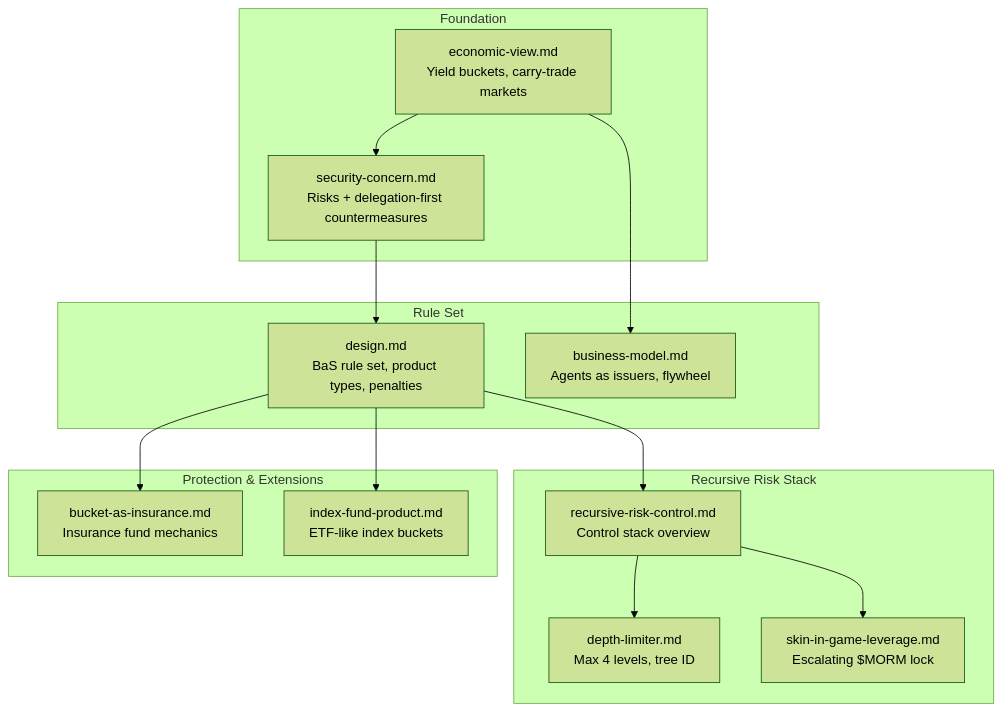
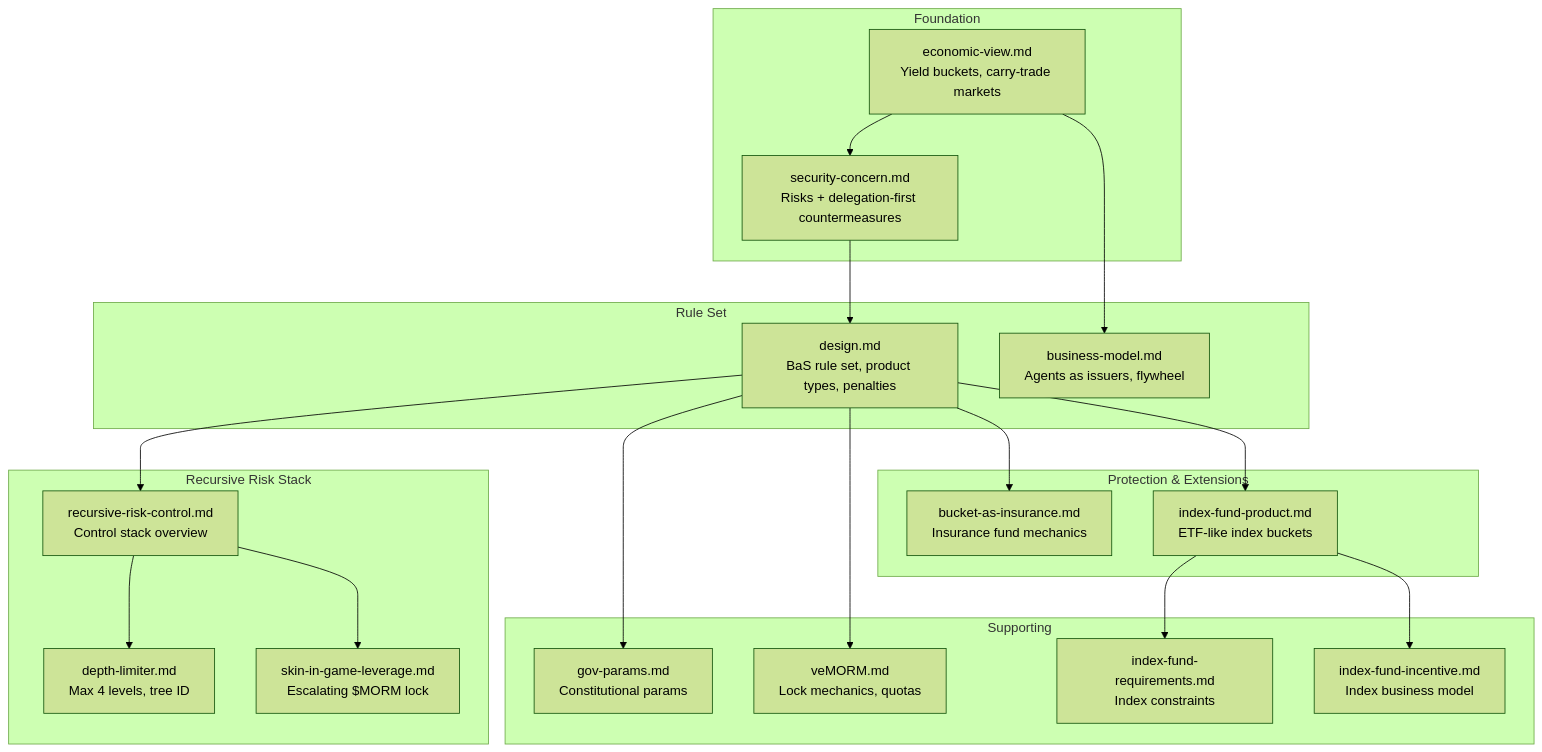
The diagram in docs/bucket-as-service/README.md (morpheum-labs/mwvm), drawn with Mermaid (forest theme) before and after one commit. The commit also changed other lines of this file, not shown here.

````diff
--- a/docs/bucket-as-service/README.md
+++ b/docs/bucket-as-service/README.md
@@ -103,32 +103,43 @@
 ```mermaid
 flowchart TB
     subgraph Foundation
         A[economic-view.md<br/>Yield buckets, carry-trade markets]
         B[security-concern.md<br/>Risks + delegation-first countermeasures]
     end
 
     subgraph Rule Set
         C[design.md<br/>BaS rule set, product types, penalties]
         D[business-model.md<br/>Agents as issuers, flywheel]
     end
 
     subgraph Recursive Risk Stack
         E[recursive-risk-control.md<br/>Control stack overview]
         F[depth-limiter.md<br/>Max 4 levels, tree ID]
         G[skin-in-game-leverage.md<br/>Escalating $MORM lock]
     end
 
     subgraph Protection & Extensions
         H[bucket-as-insurance.md<br/>Insurance fund mechanics]
         I[index-fund-product.md<br/>ETF-like index buckets]
     end
 
+    subgraph Supporting
+        J[gov-params.md<br/>Constitutional params]
+        K[veMORM.md<br/>Lock mechanics, quotas]
+        L[index-fund-requirements.md<br/>Index constraints]
+        M[index-fund-incentive.md<br/>Index business model]
+    end
+
     A --> B
     B --> C
     A --> D
     C --> E
     E --> F
     E --> G
     C --> H
     C --> I
+    C --> J
+    C --> K
+    I --> L
+    I --> M
 ```
````
